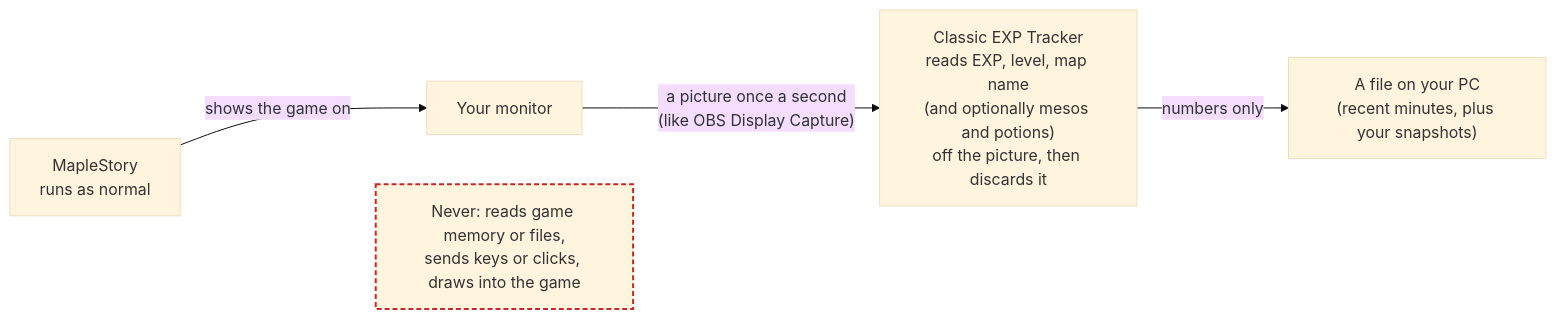
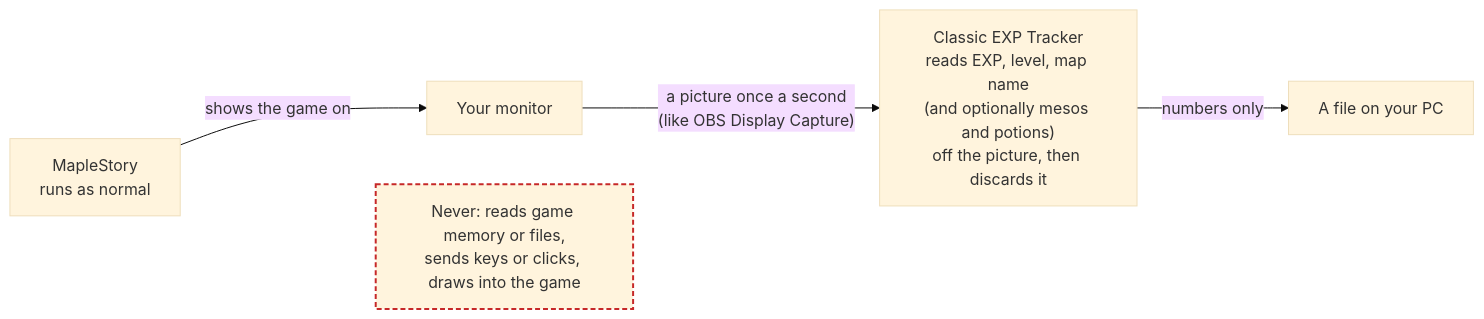
One commit to Kwuasimoto/classic-exp-tracker changed the diagram in README.md. Above: the diagram before and after it, drawn with Mermaid (base theme). The commit also changed other lines of this file and 23 other files, not shown here.

````diff
--- a/README.md
+++ b/README.md
@@ -7,11 +7,11 @@
 ```mermaid
 flowchart LR
     game["MapleStory<br/>runs as normal"] -- "shows the game on" --> monitor["Your monitor"]
     monitor -- "a picture once a second<br/>(like OBS Display Capture)" --> app["Classic EXP Tracker<br/>reads EXP, level, map name<br/>(and optionally mesos and potions)<br/>off the picture, then discards it"]
-    app -- "numbers only" --> file["A file on your PC<br/>(recent minutes, plus your snapshots)"]
+    app -- "numbers only" --> file["A file on your PC"]
     never["Never: reads game memory or files,<br/>sends keys or clicks, draws into the game"]
     game ~~~ never
 
     classDef no stroke:#c62828,stroke-width:2px,stroke-dasharray:5 3
     class never no
 ```
````
